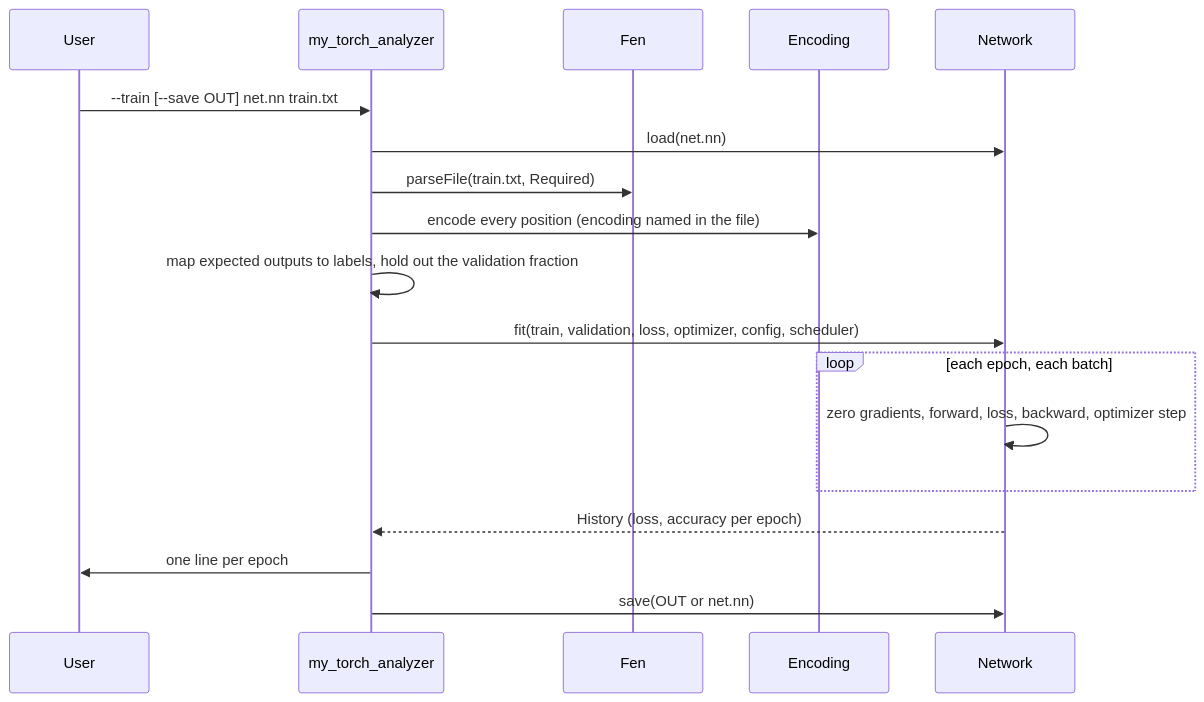
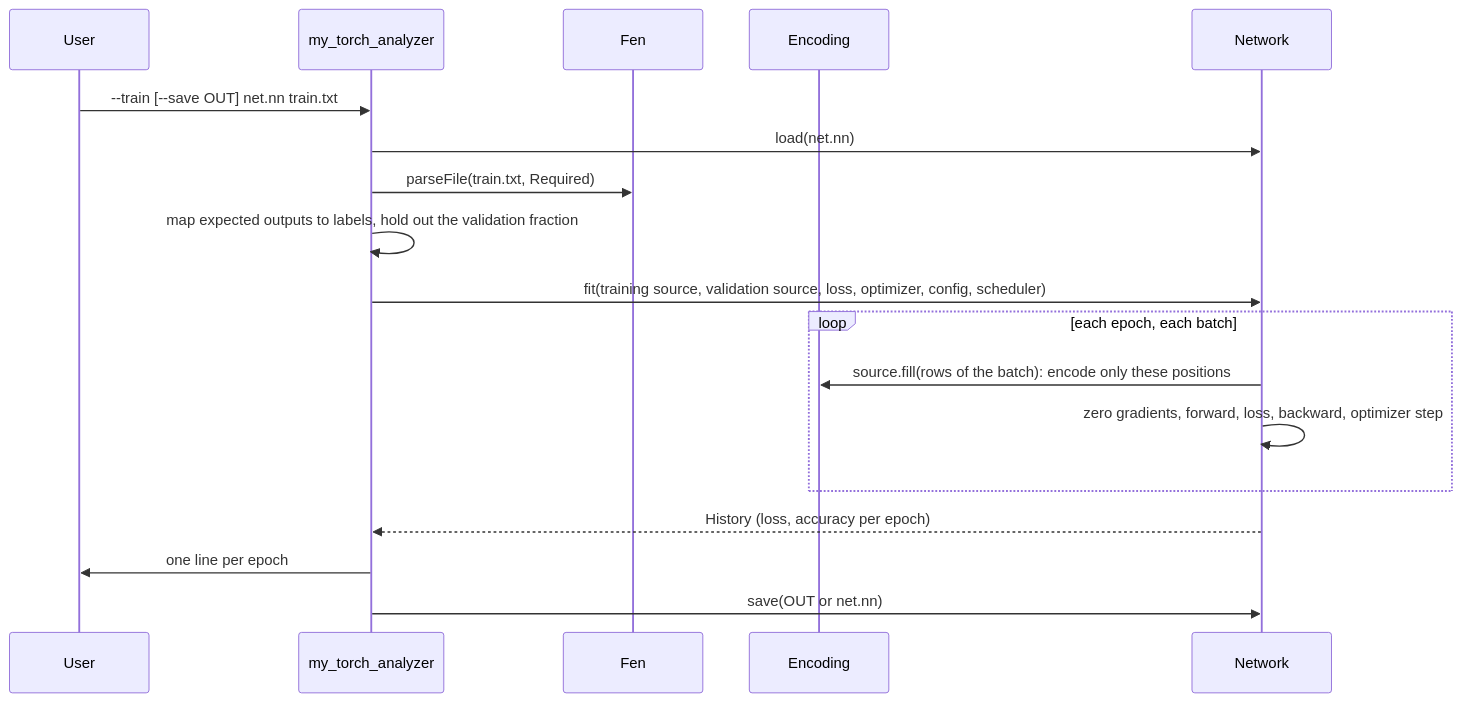
The fourth of 5 diagrams in docs/architecture.md (Ridwane777/mytorch), drawn with Mermaid before and after one commit. The commit also changed other lines of this file and 18 other files, not shown here.

First line of the commit message:
feat(my_torch): train from a data source, positions encoded batch by batch

````diff
--- a/docs/architecture.md
+++ b/docs/architecture.md
@@ -138,20 +138,20 @@
 ```mermaid
 sequenceDiagram
     participant User
     participant Analyzer as my_torch_analyzer
     participant Fen
     participant Encoding
     participant Network
     User->>Analyzer: --train [--save OUT] net.nn train.txt
     Analyzer->>Network: load(net.nn)
     Analyzer->>Fen: parseFile(train.txt, Required)
-    Analyzer->>Encoding: encode every position (encoding named in the file)
     Analyzer->>Analyzer: map expected outputs to labels, hold out the validation fraction
-    Analyzer->>Network: fit(train, validation, loss, optimizer, config, scheduler)
+    Analyzer->>Network: fit(training source, validation source, loss, optimizer, config, scheduler)
     loop each epoch, each batch
+        Network->>Encoding: source.fill(rows of the batch): encode only these positions
         Network->>Network: zero gradients, forward, loss, backward, optimizer step
     end
     Network-->>Analyzer: History (loss, accuracy per epoch)
     Analyzer->>User: one line per epoch
     Analyzer->>Network: save(OUT or net.nn)
 ```
````
